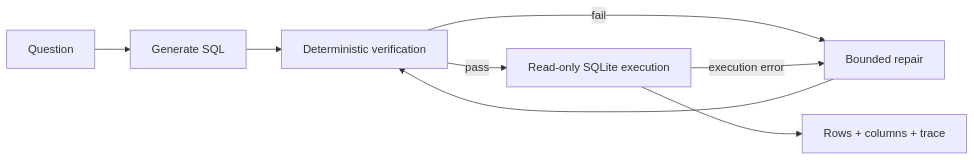
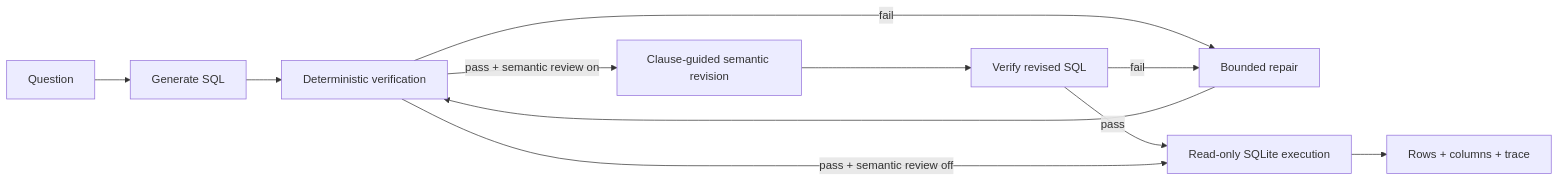
Before and after one commit to kolihhan/semantic-text2sql-agent: the diagram in README.md, drawn with Mermaid. The commit also changed other lines of this file, not shown here.

Commit message:
Polish README and document semantic revision layer

````diff
--- a/README.md
+++ b/README.md
@@ -113,10 +166,13 @@
 ```mermaid
 flowchart LR
     Q[Question] --> G[Generate SQL]
     G --> V[Deterministic verification]
-    V -->|pass| E[Read-only SQLite execution]
     V -->|fail| R[Bounded repair]
-    E -->|execution error| R
     R --> V
+    V -->|pass + semantic review on| S[Clause-guided semantic revision]
+    S --> V2[Verify revised SQL]
+    V2 -->|pass| E[Read-only SQLite execution]
+    V2 -->|fail| R
+    V -->|pass + semantic review off| E
     E --> O[Rows + columns + trace]
 ```
````
